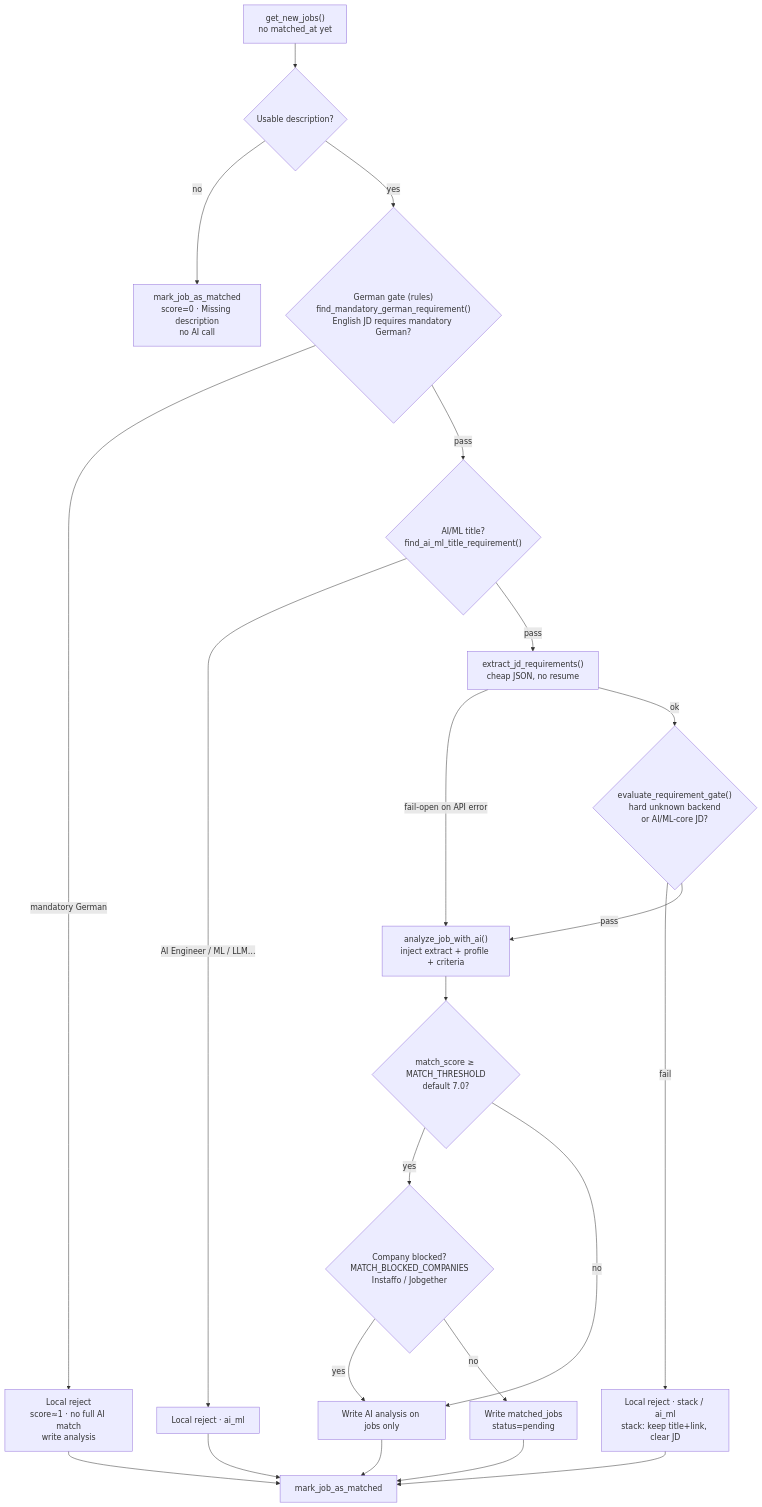
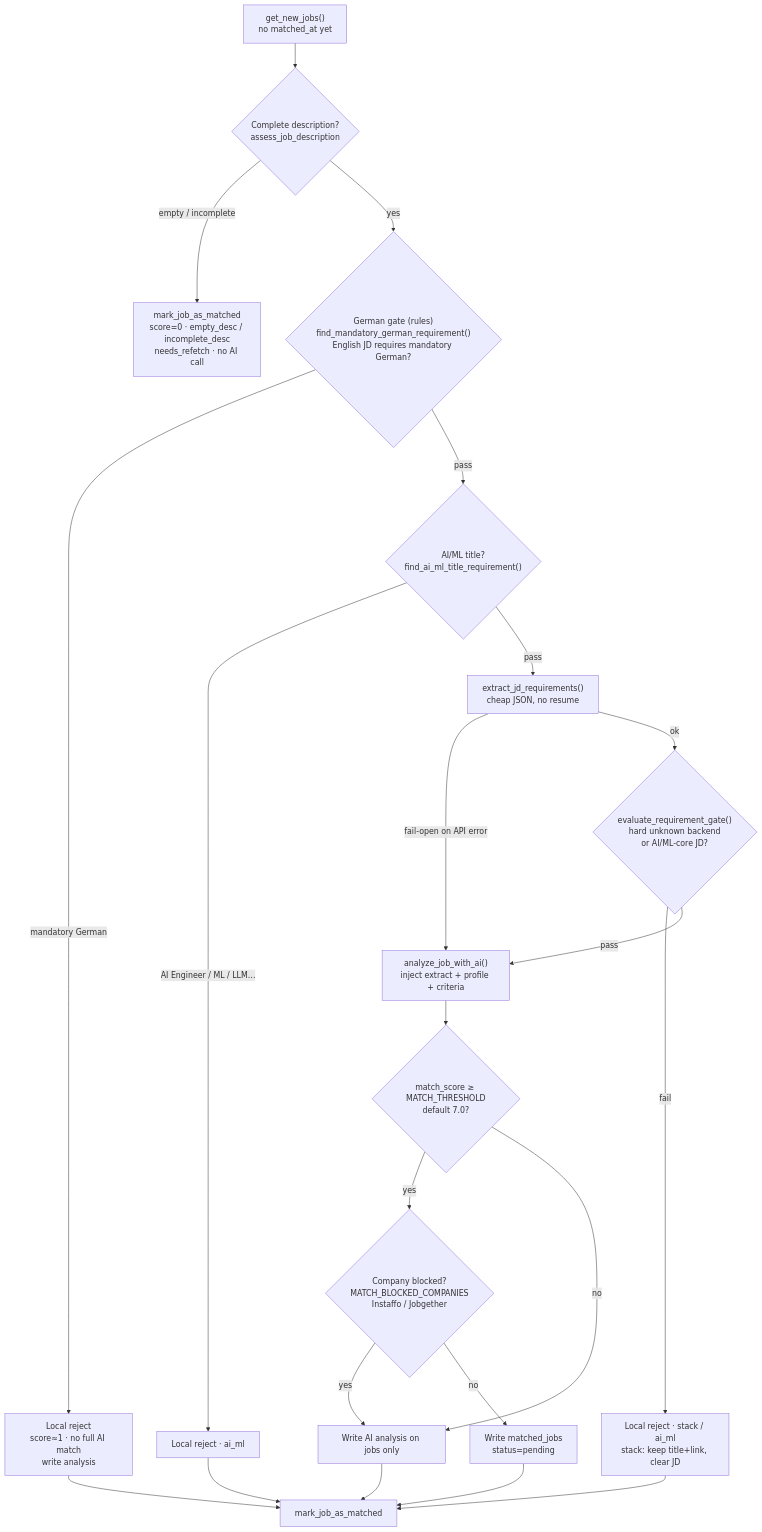
Before and after one commit to JialiNong/job_scraper: the fifth of 5 diagrams in docs/architecture.md, drawn with Mermaid. The commit also changed other lines of this file and 11 other files, not shown here.

````diff
--- a/docs/architecture.md
+++ b/docs/architecture.md
@@ -292,29 +294,29 @@
 ```mermaid
 flowchart TD
     New["get_new_jobs()<br/>no matched_at yet"]
 
-    New --> Empty{"Usable description?"}
-    Empty -->|no| FailEmpty["mark_job_as_matched<br/>score=0 · Missing description<br/>no AI call"]
+    New --> Empty{"Complete description?<br/>assess_job_description"}
+    Empty -->|empty / incomplete| FailEmpty["mark_job_as_matched<br/>score=0 · empty_desc / incomplete_desc<br/>needs_refetch · no AI call"]
 
     Empty -->|yes| Gate{"German gate (rules)<br/>find_mandatory_german_requirement()<br/>English JD requires mandatory German?"}
 
     Gate -->|mandatory German| FailDE["Local reject<br/>score≈1 · no full AI match<br/>write analysis"]
     Gate -->|pass| TitleML{"AI/ML title?<br/>find_ai_ml_title_requirement()"}
     TitleML -->|AI Engineer / ML / LLM…| FailML["Local reject · ai_ml"]
     TitleML -->|pass| Extract["extract_jd_requirements()<br/>cheap JSON, no resume"]
     Extract -->|fail-open on API error| AI
     Extract -->|ok| ReqGate{"evaluate_requirement_gate()<br/>hard unknown backend<br/>or AI/ML-core JD?"}
     ReqGate -->|fail| FailStack["Local reject · stack / ai_ml<br/>stack: keep title+link, clear JD"]
     ReqGate -->|pass| AI["analyze_job_with_ai()<br/>inject extract + profile + criteria"]
 
     AI --> Score{"match_score ≥ MATCH_THRESHOLD<br/>default 7.0?"}
     Score -->|yes| Co{"Company blocked?<br/>MATCH_BLOCKED_COMPANIES<br/>Instaffo / Jobgether"}
     Co -->|yes| OnlyJobs["Write AI analysis on jobs only"]
     Co -->|no| MJ["Write matched_jobs<br/>status=pending"]
     Score -->|no| OnlyJobs
     MJ --> Mark["mark_job_as_matched"]
     OnlyJobs --> Mark
     FailDE --> Mark
     FailML --> Mark
     FailStack --> Mark
 ```
````
